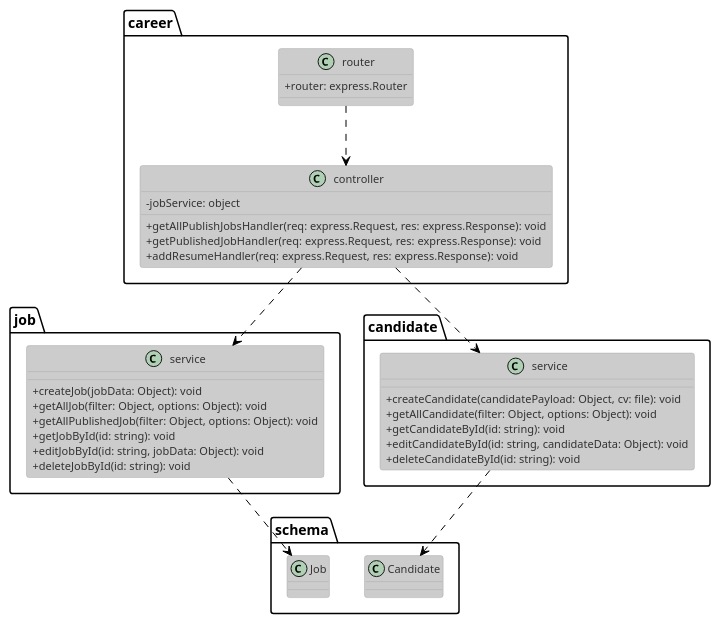
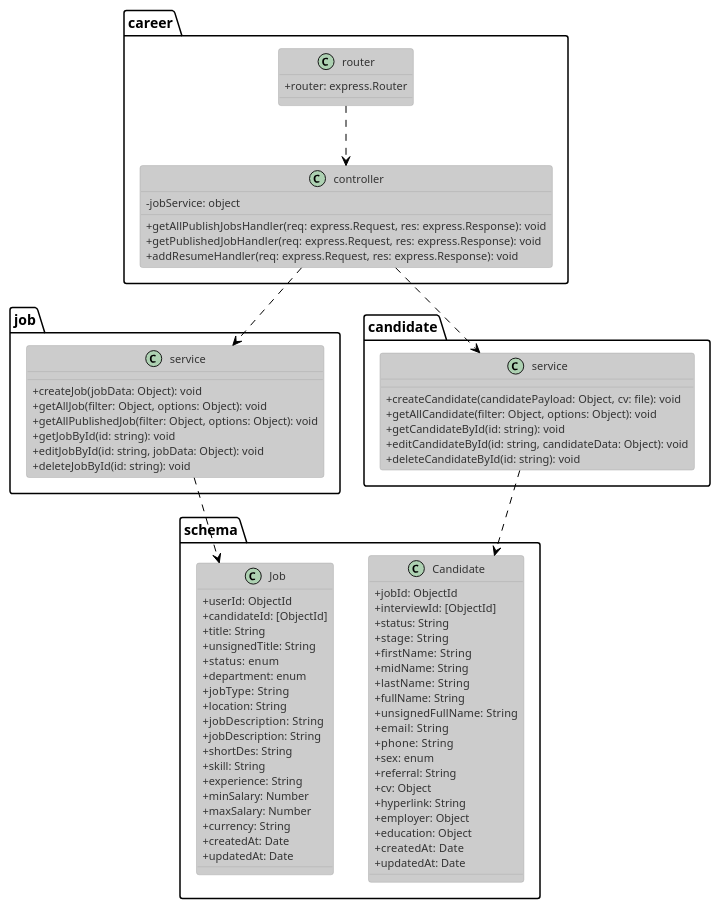
One commit to tuannm99/RMS changed the diagram in plantuml/class/career.puml. Above: the diagram before and after it, drawn with PlantUML. The commit also changed 8 other files, not shown here.

```diff
--- a/plantuml/class/career.puml
+++ b/plantuml/class/career.puml
@@ -1,49 +1,82 @@
 @startuml careerClass
 !theme reddress-lightblue
 
 skinparam classAttributeIconSize 0
 class career.controller{
     - {field} jobService: object
 
     + {method} getAllPublishJobsHandler(req: express.Request, res: express.Response): void
     + {method} getPublishedJobHandler(req: express.Request, res: express.Response): void
     + {method} addResumeHandler(req: express.Request, res: express.Response): void
 }
 
 class job.service{
     + {method} createJob(jobData: Object): void
     + {method} getAllJob(filter: Object, options: Object): void
     + {method} getAllPublishedJob(filter: Object, options: Object): void
     + {method} getJobById(id: string): void
     + {method} editJobById(id: string, jobData: Object): void
     + {method} deleteJobById(id: string): void
 }
 
 class candidate.service{
     + {method} createCandidate(candidatePayload: Object, cv: file): void
     + {method} getAllCandidate(filter: Object, options: Object): void
     + {method} getCandidateById(id: string): void
     + {method} editCandidateById(id: string, candidateData: Object): void
     + {method} deleteCandidateById(id: string): void
 }
 
 class career.router{
     + {field} router: express.Router
 }
 
+class schema.Candidate {
+    + {field} jobId: ObjectId
+    + {field} interviewId: [ObjectId]
+    + {field} status: String
+    + {field} stage:  String
+    + {field} firstName:  String 
+    + {field} midName: String
+    + {field} lastName:  String 
+    + {field} fullName: String 
+    + {field} unsignedFullName:  String
+    + {field} email:  String
+    + {field} phone:  String
+    + {field} sex: enum 
+    + {field} referral: String 
+    + {field} cv: Object
+    + {field} hyperlink: String 
+    + {field} employer: Object
+    + {field} education: Object
+    + {field} createdAt:  Date
+    + {field} updatedAt: Date
+}
 
 class schema.Job {
-
+    + {field} userId: ObjectId
+    + {field} candidateId: [ObjectId]
+    + {field} title: String
+    + {field} unsignedTitle: String
+    + {field} status:  enum 
+    + {field} department: enum
+    + {field} jobType:  String 
+    + {field} location: String 
+    + {field} jobDescription:  String
+    + {field} jobDescription: String
+    + {field} shortDes: String
+    + {field} skill: String
+    + {field} experience: String
+    + {field} minSalary: Number
+    + {field} maxSalary: Number
+    + {field} currency: String
+    + {field} createdAt: Date
+    + {field} updatedAt: Date
 }
-
-class schema.Candidate {
-
-}
-
 
 career.router ..> career.controller
 career.controller ..> job.service
 career.controller ..> candidate.service
 job.service ..> schema.Job
 candidate.service ..> schema.Candidate
 @enduml
```
